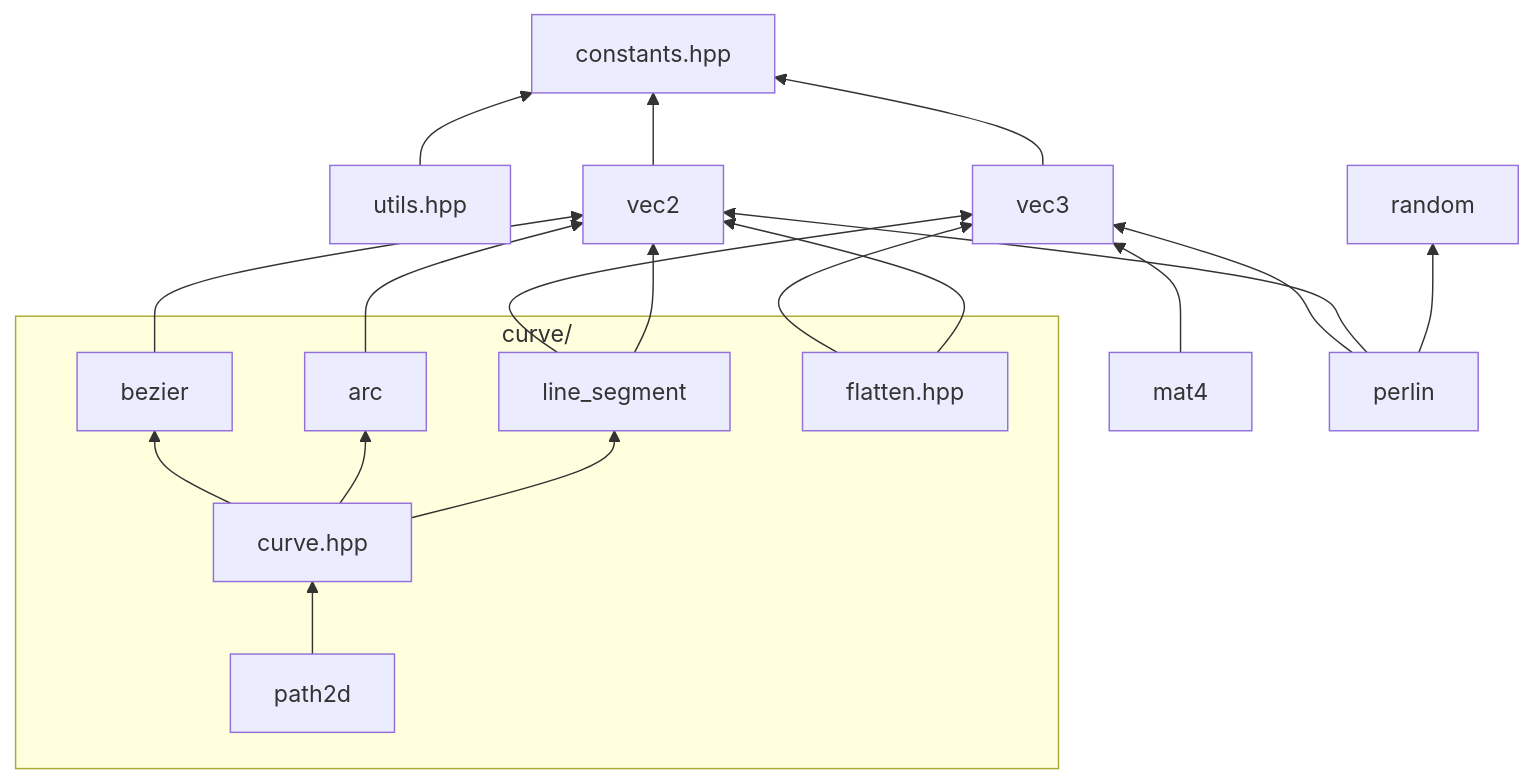
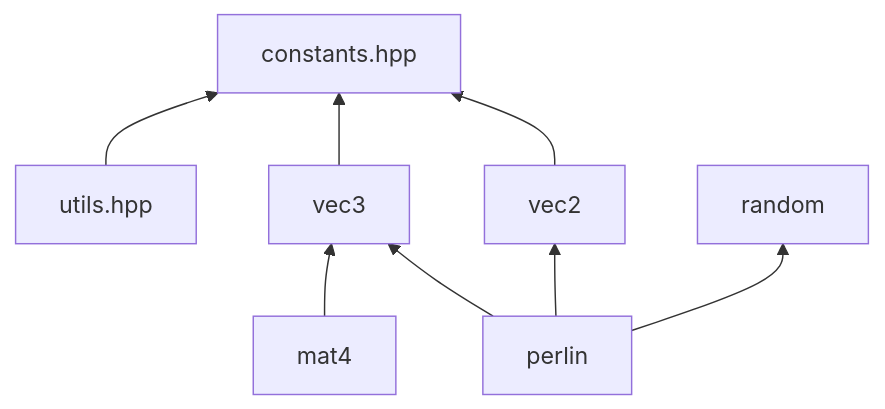
One commit to YuanOwO/CG-hw2-robot changed the diagram in src/math/README.md. Above: the diagram before and after it, drawn with Mermaid. The commit also changed other lines of this file and 20 other files, not shown here.

````diff
--- a/src/math/README.md
+++ b/src/math/README.md
@@ -5,26 +5,13 @@
 ```mermaid
 graph BT
     constants[constants.hpp]
     utils[utils.hpp]
     vec2; vec3; mat4
     random; perlin
 
-    subgraph curve/
-        line_segment; arc; bezier
-        curve[curve.hpp]
-        flatten[flatten.hpp]
-        path2d
-    end
-
     utils --> constants
     vec2 --> constants
     vec3 --> constants
     mat4 --> vec3
     perlin --> random & vec2 & vec3
-    line_segment --> vec2 & vec3
-    arc --> vec2
-    bezier --> vec2
-    flatten --> vec2 & vec3
-    curve --> line_segment & arc & bezier
-    path2d --> curve
 ```
````
